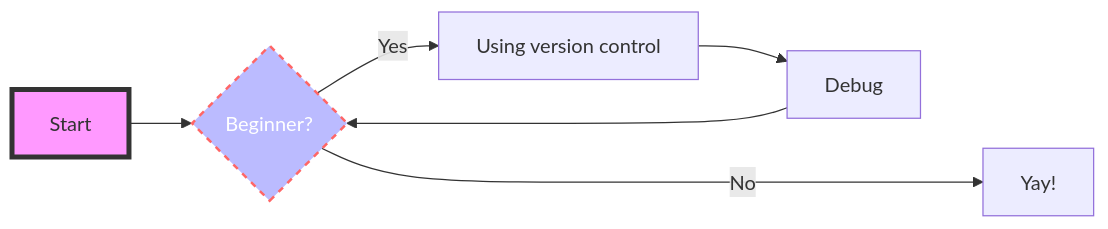
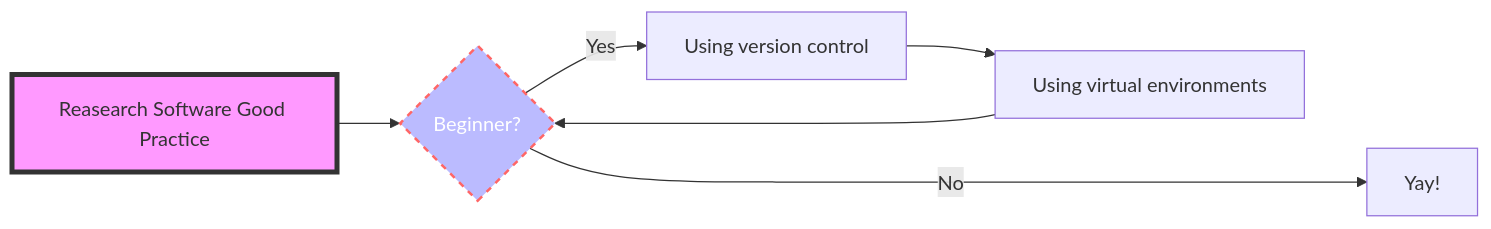
Before and after one commit to ICR-SC/good-practice: the second of 3 diagrams in docs/index.md, drawn with Mermaid. The commit also changed other lines of this file, not shown here.

````diff
--- a/docs/index.md
+++ b/docs/index.md
@@ -18,11 +18,11 @@
 ``` mermaid
 graph LR
-  A[Start] --> B{Beginner?};
+  A[Reasearch Software Good Practice] --> B{Beginner?};
   B -->|Yes| C[Using version control];
-  C --> D[Debug];
+  C --> D[Using virtual environments]; 
   D --> B;
   B ---->|No| E[Yay!];
   click B "https://www.github.com" "This is a tooltip for a link"
   style A fill:#f9f,stroke:#333,stroke-width:4px
   style B fill:#bbf,stroke:#f66,stroke-width:2px,color:#fff,stroke-dasharray: 5 5
 ```
````
